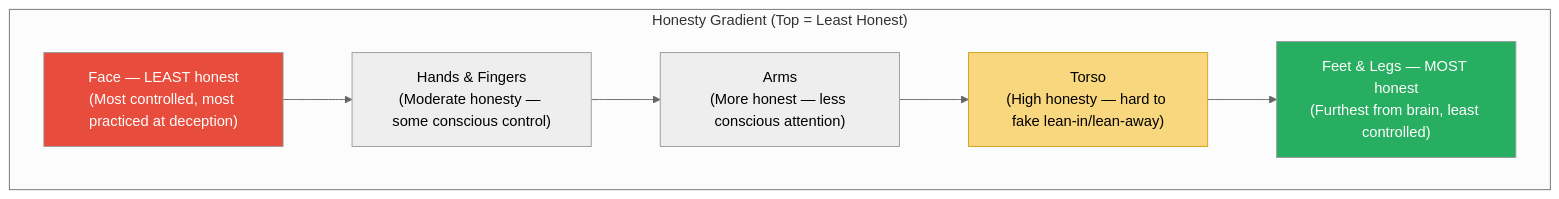
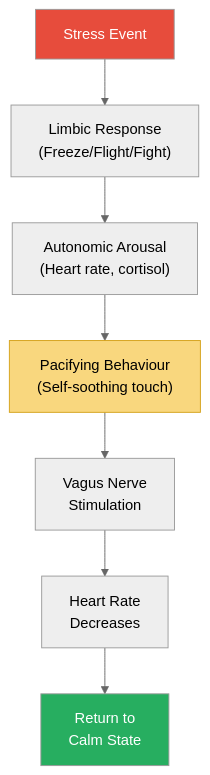
The second of 9 diagrams in summaries/Power & Influence/What Every Body Is Saying - Joe Navarro.md (alius33/reader), drawn with Mermaid (neutral theme) before and after one commit. The commit also changed other lines of this file and 272 other files, not shown here.

````diff
--- a/summaries/Power & Influence/What Every Body Is Saying - Joe Navarro.md
+++ b/summaries/Power & Influence/What Every Body Is Saying - Joe Navarro.md
@@ -86,14 +290,12 @@
 ```mermaid
 flowchart TD
-    subgraph honesty ["Honesty Gradient (Top = Least Honest)"]
-        Face["Face — LEAST honest\n(Most controlled, most practiced at deception)"]
-        Hands["Hands & Fingers\n(Moderate honesty — some conscious control)"]
-        Arms["Arms\n(More honest — less conscious attention)"]
-        Torso["Torso\n(High honesty — hard to fake lean-in/lean-away)"]
-        Feet["Feet & Legs — MOST honest\n(Furthest from brain, least controlled)"]
-    end
-    Face --> Hands --> Arms --> Torso --> Feet
-    style Face fill:#e74c3c,color:#fff
-    style Feet fill:#27ae60,color:#fff
-    style Torso fill:#f9d77e,stroke:#d4a017
+    A["Stress Event"] --> B["Limbic Response<br>(Freeze/Flight/Fight)"]
+    B --> C["Autonomic Arousal<br>(Heart rate, cortisol)"]
+    C --> D["Pacifying Behaviour<br>(Self-soothing touch)"]
+    D --> E["Vagus Nerve<br>Stimulation"]
+    E --> F["Heart Rate<br>Decreases"]
+    F --> G["Return to<br>Calm State"]
+    style A fill:#e74c3c,color:#fff
+    style D fill:#f9d77e,stroke:#d4a017
+    style G fill:#27ae60,color:#fff
 ```
````
